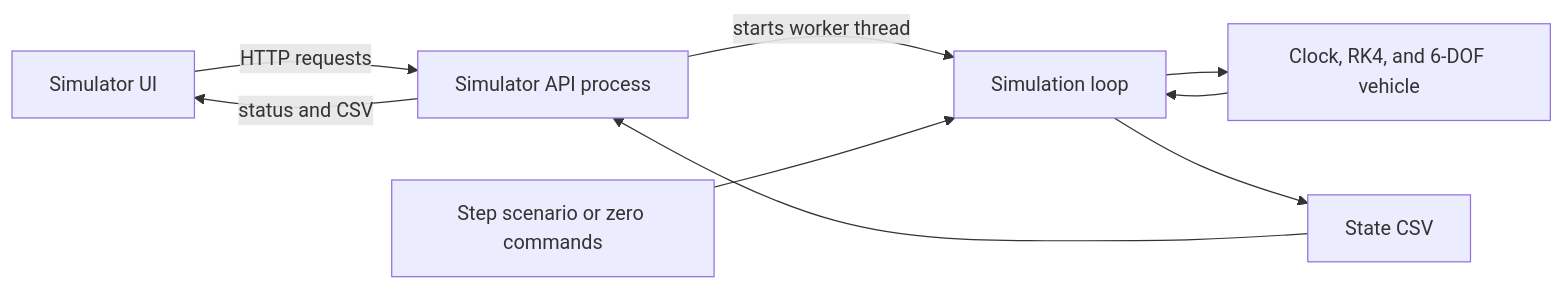
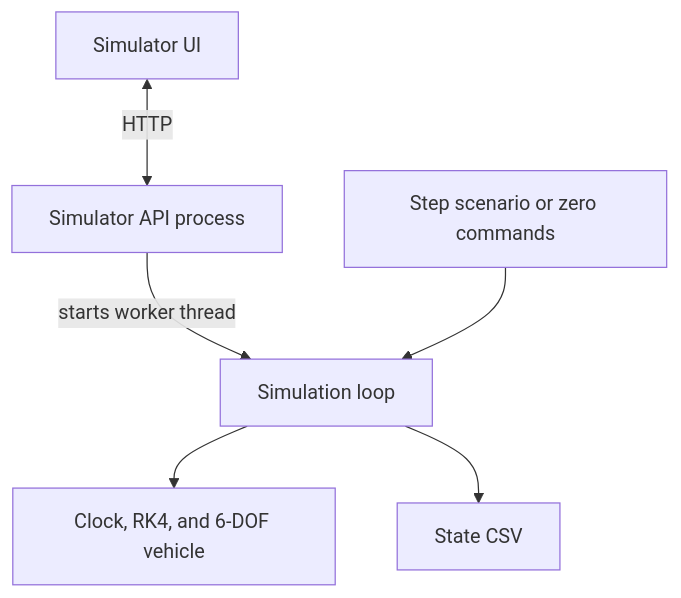
One commit to prashanth-ravindran/sub changed the first of 2 diagrams in README.md. Above: the diagram before and after it, drawn with Mermaid. The commit also changed other lines of this file, not shown here.

Commit message:
Make README architecture diagrams fit GitHub viewer

````diff
--- a/README.md
+++ b/README.md
@@ -69,11 +69,8 @@
 ```mermaid
-flowchart LR
-    UI["Simulator UI"] -->|HTTP requests| API["Simulator API process"]
-    API -->|status and CSV| UI
+flowchart TB
+    UI["Simulator UI"] <-->|HTTP| API["Simulator API process"]
     API -->|starts worker thread| LOOP["Simulation loop"]
     INPUT["Step scenario or zero commands"] --> LOOP
     LOOP --> PHYSICS["Clock, RK4, and 6-DOF vehicle"]
-    PHYSICS --> LOOP
     LOOP --> CSV["State CSV"]
-    CSV --> API
 ```
````
